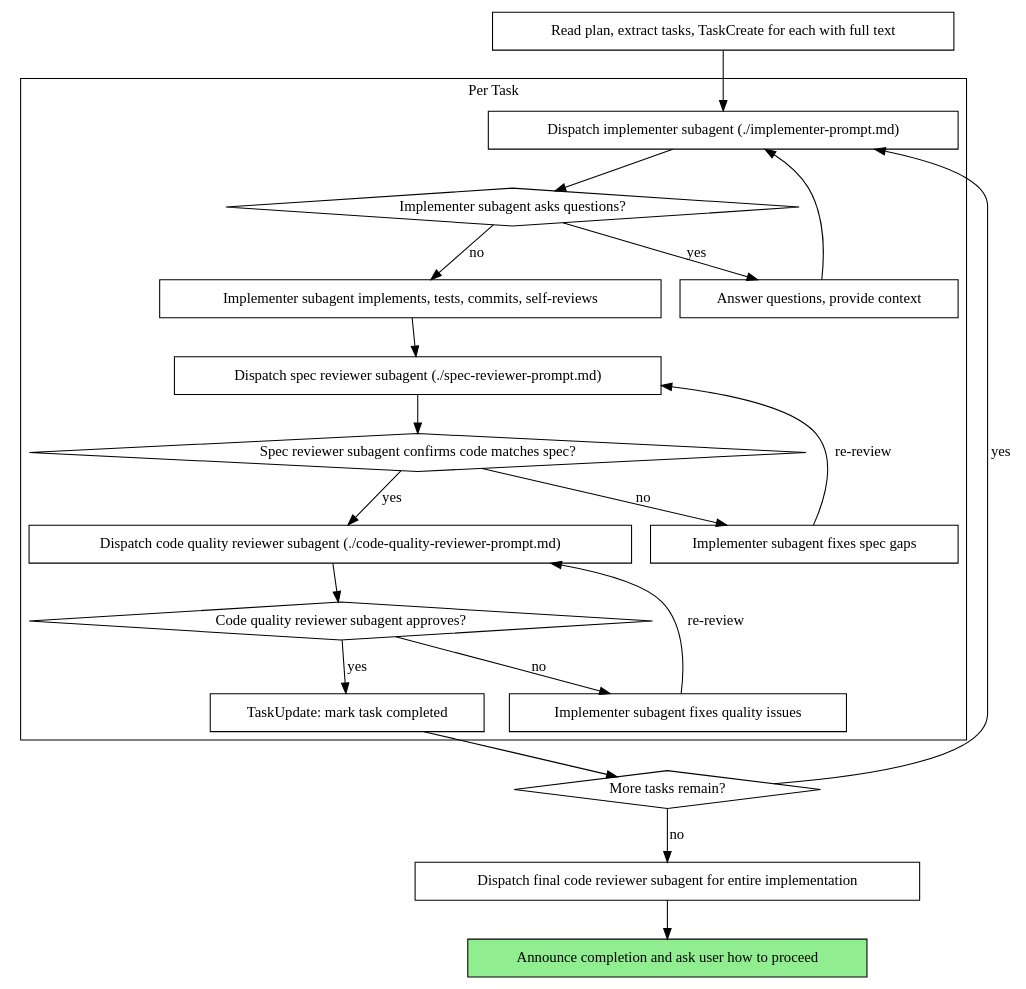
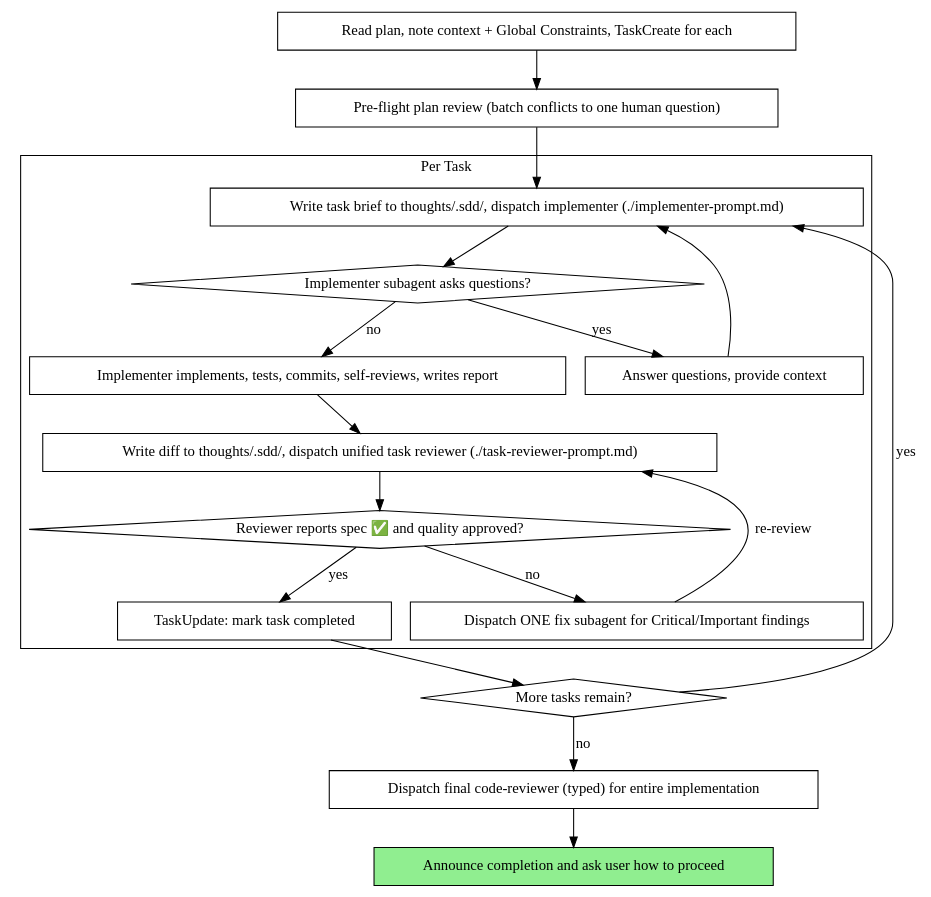
The second of 2 diagrams in roach/skills/subagent-driven-development/SKILL.md (stefanfaur/roach-marketplace), drawn with Graphviz before and after one commit. The commit also changed other lines of this file and 4 other files, not shown here.

Commit message:
perf(roach): collapse SDD per-task review to one reviewer, add file handoffs + pre-flight + ledger + explicit models

````diff
--- a/roach/skills/subagent-driven-development/SKILL.md
+++ b/roach/skills/subagent-driven-development/SKILL.md
@@ -44,44 +44,39 @@
 ```dot
 digraph process {
     rankdir=TB;
 
     subgraph cluster_per_task {
         label="Per Task";
-        "Dispatch implementer subagent (./implementer-prompt.md)" [shape=box];
+        "Write task brief to thoughts/.sdd/, dispatch implementer (./implementer-prompt.md)" [shape=box];
         "Implementer subagent asks questions?" [shape=diamond];
         "Answer questions, provide context" [shape=box];
-        "Implementer subagent implements, tests, commits, self-reviews" [shape=box];
-        "Dispatch spec reviewer subagent (./spec-reviewer-prompt.md)" [shape=box];
-        "Spec reviewer subagent confirms code matches spec?" [shape=diamond];
-        "Implementer subagent fixes spec gaps" [shape=box];
-        "Dispatch code quality reviewer subagent (./code-quality-reviewer-prompt.md)" [shape=box];
-        "Code quality reviewer subagent approves?" [shape=diamond];
-        "Implementer subagent fixes quality issues" [shape=box];
+        "Implementer implements, tests, commits, self-reviews, writes report" [shape=box];
+        "Write diff to thoughts/.sdd/, dispatch unified task reviewer (./task-reviewer-prompt.md)" [shape=box];
+        "Reviewer reports spec ✅ and quality approved?" [shape=diamond];
+        "Dispatch ONE fix subagent for Critical/Important findings" [shape=box];
         "TaskUpdate: mark task completed" [shape=box];
     }
 
-    "Read plan, extract tasks, TaskCreate for each with full text" [shape=box];
+    "Read plan, note context + Global Constraints, TaskCreate for each" [shape=box];
+    "Pre-flight plan review (batch conflicts to one human question)" [shape=box];
     "More tasks remain?" [shape=diamond];
-    "Dispatch final code reviewer subagent for entire implementation" [shape=box];
+    "Dispatch final code-reviewer (typed) for entire implementation" [shape=box];
     "Announce completion and ask user how to proceed" [shape=box style=filled fillcolor=lightgreen];
 
-    "Read plan, extract tasks, TaskCreate for each with full text" -> "Dispatch implementer subagent (./implementer-prompt.md)";
-    "Dispatch implementer subagent (./implementer-prompt.md)" -> "Implementer subagent asks questions?";
+    "Read plan, note context + Global Constraints, TaskCreate for each" -> "Pre-flight plan review (batch conflicts to one human question)";
+    "Pre-flight plan review (batch conflicts to one human question)" -> "Write task brief to thoughts/.sdd/, dispatch implementer (./implementer-prompt.md)";
+    "Write task brief to thoughts/.sdd/, dispatch implementer (./implementer-prompt.md)" -> "Implementer subagent asks questions?";
     "Implementer subagent asks questions?" -> "Answer questions, provide context" [label="yes"];
-    "Answer questions, provide context" -> "Dispatch implementer subagent (./implementer-prompt.md)";
-    "Implementer subagent asks questions?" -> "Implementer subagent implements, tests, commits, self-reviews" [label="no"];
-    "Implementer subagent implements, tests, commits, self-reviews" -> "Dispatch spec reviewer subagent (./spec-reviewer-prompt.md)";
-    "Dispatch spec reviewer subagent (./spec-reviewer-prompt.md)" -> "Spec reviewer subagent confirms code matches spec?";
-    "Spec reviewer subagent confirms code matches spec?" -> "Implementer subagent fixes spec gaps" [label="no"];
-    "Implementer subagent fixes spec gaps" -> "Dispatch spec reviewer subagent (./spec-reviewer-prompt.md)" [label="re-review"];
-    "Spec reviewer subagent confirms code matches spec?" -> "Dispatch code quality reviewer subagent (./code-quality-reviewer-prompt.md)" [label="yes"];
-    "Dispatch code quality reviewer subagent (./code-quality-reviewer-prompt.md)" -> "Code quality reviewer subagent approves?";
-    "Code quality reviewer subagent approves?" -> "Implementer subagent fixes quality issues" [label="no"];
-    "Implementer subagent fixes quality issues" -> "Dispatch code quality reviewer subagent (./code-quality-reviewer-prompt.md)" [label="re-review"];
-    "Code quality reviewer subagent approves?" -> "TaskUpdate: mark task completed" [label="yes"];
+    "Answer questions, provide context" -> "Write task brief to thoughts/.sdd/, dispatch implementer (./implementer-prompt.md)";
+    "Implementer subagent asks questions?" -> "Implementer implements, tests, commits, self-reviews, writes report" [label="no"];
+    "Implementer implements, tests, commits, self-reviews, writes report" -> "Write diff to thoughts/.sdd/, dispatch unified task reviewer (./task-reviewer-prompt.md)";
+    "Write diff to thoughts/.sdd/, dispatch unified task reviewer (./task-reviewer-prompt.md)" -> "Reviewer reports spec ✅ and quality approved?";
+    "Reviewer reports spec ✅ and quality approved?" -> "Dispatch ONE fix subagent for Critical/Important findings" [label="no"];
+    "Dispatch ONE fix subagent for Critical/Important findings" -> "Write diff to thoughts/.sdd/, dispatch unified task reviewer (./task-reviewer-prompt.md)" [label="re-review"];
+    "Reviewer reports spec ✅ and quality approved?" -> "TaskUpdate: mark task completed" [label="yes"];
     "TaskUpdate: mark task completed" -> "More tasks remain?";
-    "More tasks remain?" -> "Dispatch implementer subagent (./implementer-prompt.md)" [label="yes"];
-    "More tasks remain?" -> "Dispatch final code reviewer subagent for entire implementation" [label="no"];
-    "Dispatch final code reviewer subagent for entire implementation" -> "Announce completion and ask user how to proceed";
+    "More tasks remain?" -> "Write task brief to thoughts/.sdd/, dispatch implementer (./implementer-prompt.md)" [label="yes"];
+    "More tasks remain?" -> "Dispatch final code-reviewer (typed) for entire implementation" [label="no"];
+    "Dispatch final code-reviewer (typed) for entire implementation" -> "Announce completion and ask user how to proceed";
 }
 ```
````
